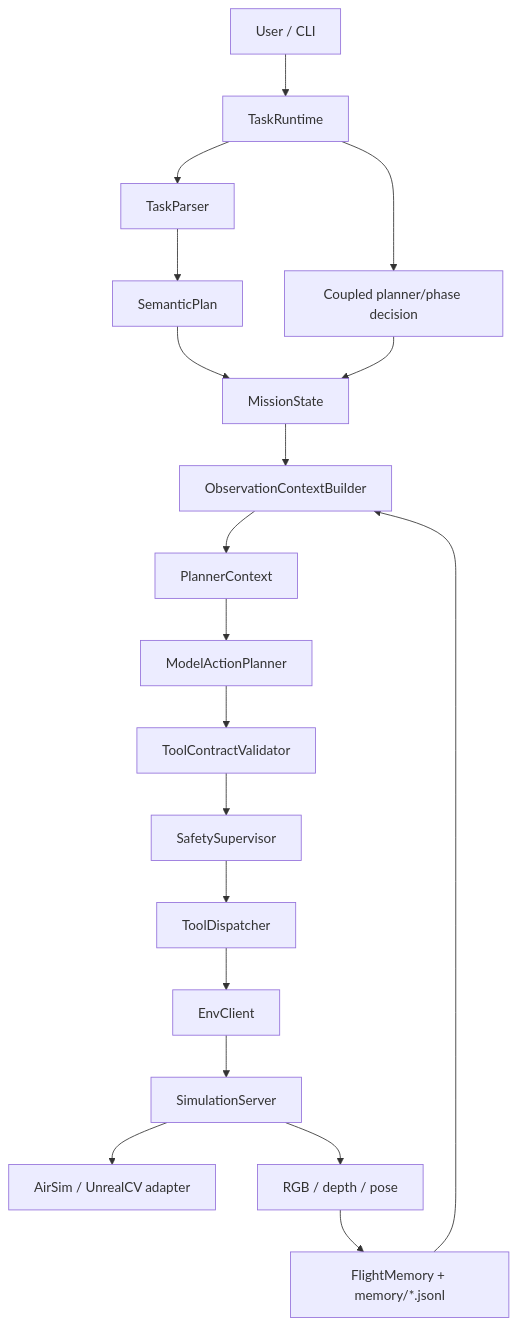
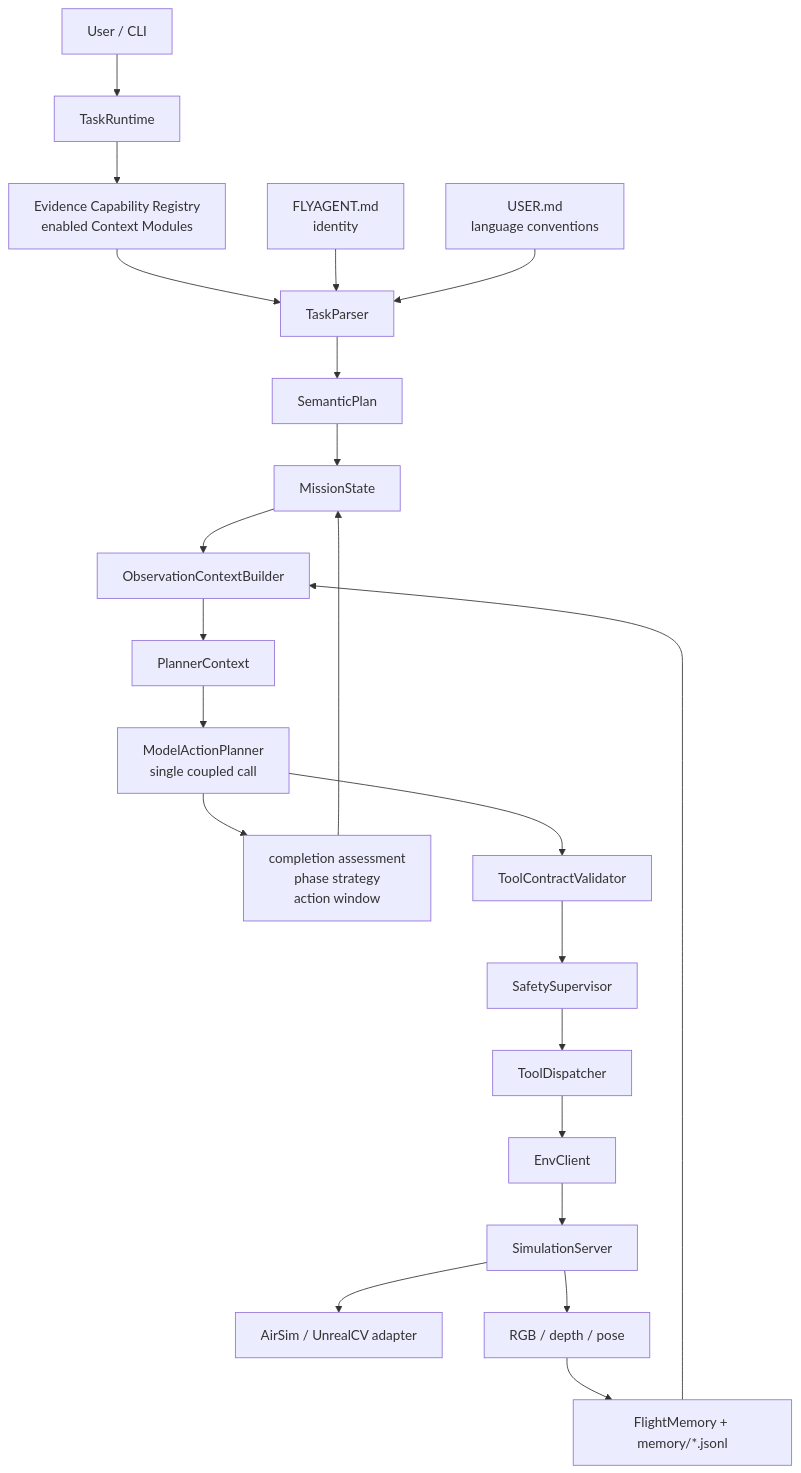
Before and after one commit to LZ6years/AeroPilot: the first of 4 diagrams in docs/architecture.md, drawn with Mermaid. The commit also changed other lines of this file and 76 other files, not shown here.

````diff
--- a/docs/architecture.md
+++ b/docs/architecture.md
@@ -9,21 +9,24 @@
 ```mermaid
 flowchart TD
     U["User / CLI"] --> RT["TaskRuntime"]
-    RT --> TP["TaskParser"]
+    RT --> REG["Evidence Capability Registry<br/>enabled Context Modules"]
+    REG --> TP["TaskParser"]
+    ID["FLYAGENT.md<br/>identity"] --> TP
+    LANG["USER.md<br/>language conventions"] --> TP
     TP --> SP["SemanticPlan"]
     SP --> MS["MissionState"]
     MS --> CB["ObservationContextBuilder"]
     CB --> PC["PlannerContext"]
-    PC --> MAP["ModelActionPlanner"]
+    PC --> MAP["ModelActionPlanner<br/>single coupled call"]
+    MAP --> DEC["completion assessment<br/>phase strategy<br/>action window"]
+    DEC --> MS
     MAP --> TCV["ToolContractValidator"]
     TCV --> SS["SafetySupervisor"]
     SS --> TD["ToolDispatcher"]
     TD --> EC["EnvClient"]
     EC --> SIM["SimulationServer"]
     SIM --> SDK["AirSim / UnrealCV adapter"]
     SIM --> OBS["RGB / depth / pose"]
     OBS --> MEM["FlightMemory + memory/*.jsonl"]
     MEM --> CB
-    RT --> PTJ["Coupled planner/phase decision"]
-    PTJ --> MS
 ```
````
